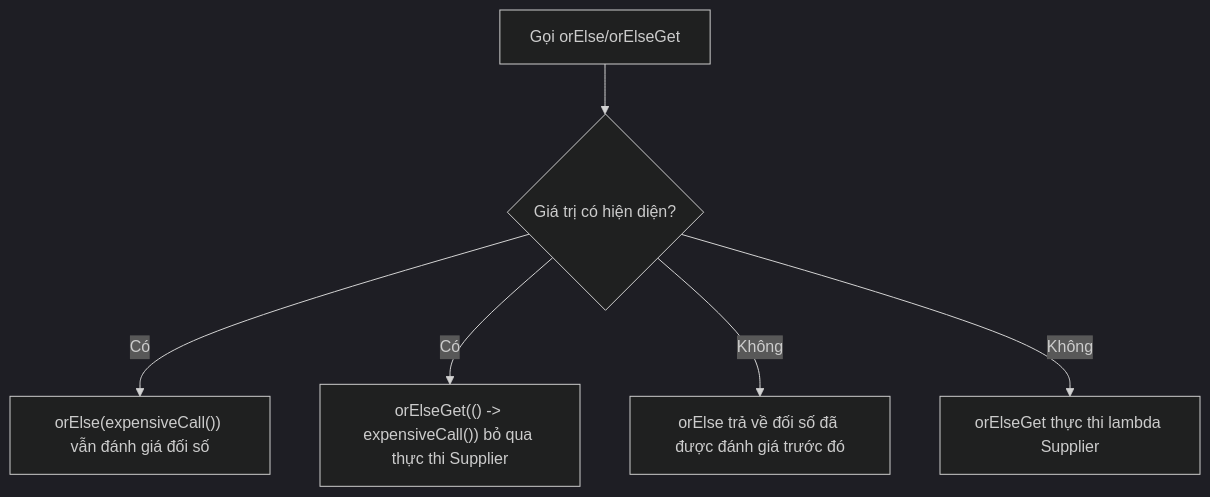
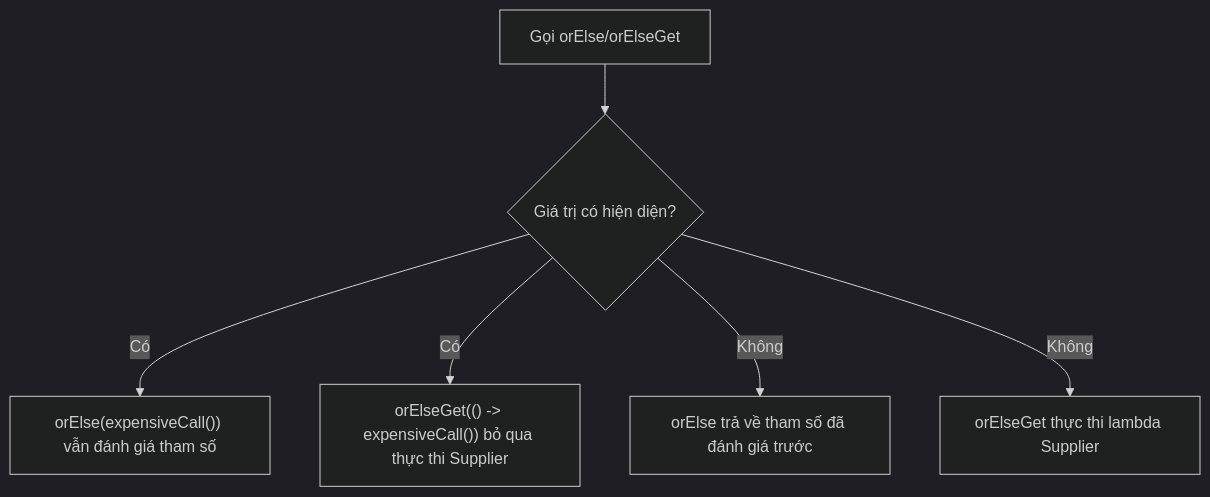
Before and after one commit to PhuThien2005/theoretical-of-java-core: the diagram in vi/24-optional/theory/01-what-is-optional-t-concepts.md, drawn with Mermaid (dark theme). The commit also changed other lines of this file and 229 other files, not shown here.

````diff
--- a/vi/24-optional/theory/01-what-is-optional-t-concepts.md
+++ b/vi/24-optional/theory/01-what-is-optional-t-concepts.md
@@ -423,8 +419,8 @@
 ```mermaid
 flowchart TD
     A[Gọi orElse/orElseGet] --> B{Giá trị có hiện diện?}
-    B -- Có --> C["orElse(expensiveCall()) vẫn đánh giá đối số"]
+    B -- Có --> C["orElse(expensiveCall()) vẫn đánh giá tham số"]
     B -- Có --> D["orElseGet(() -> expensiveCall()) bỏ qua thực thi Supplier"]
-    B -- Không --> E["orElse trả về đối số đã được đánh giá trước đó"]
+    B -- Không --> E["orElse trả về tham số đã đánh giá trước"]
     B -- Không --> F["orElseGet thực thi lambda Supplier"]
 ```
````
